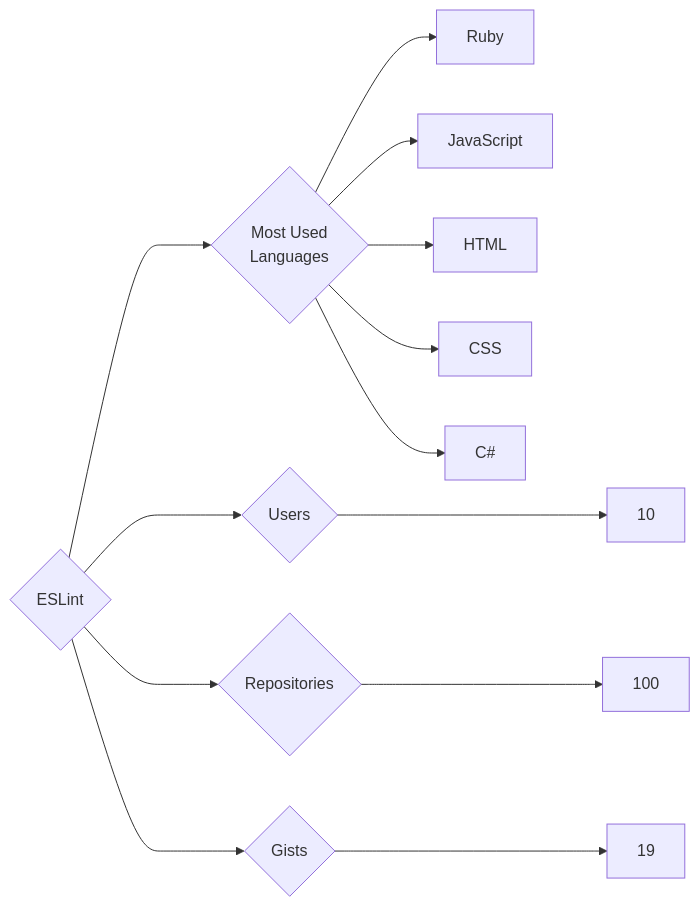
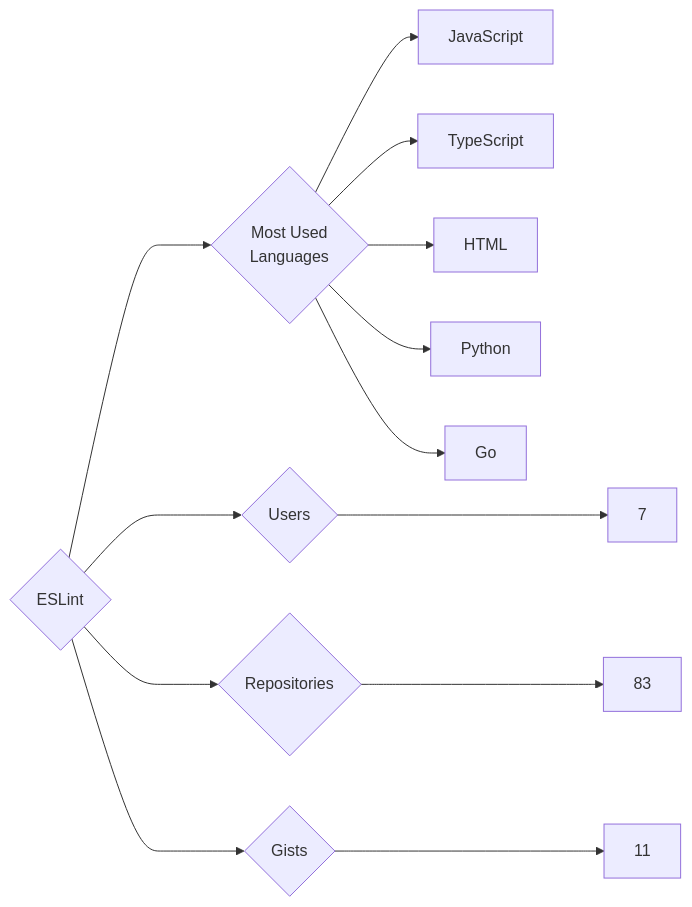
The diagram in targets/ESLint/README.md (trickest/insiders), drawn with Mermaid before and after one commit. The commit also changed 815 other files, not shown here.

````diff
--- a/targets/ESLint/README.md
+++ b/targets/ESLint/README.md
@@ -3,13 +3,13 @@
 ```mermaid
 graph LR
 COMPANY_NAME{ESLint}
-COMPANY_NAME ---> U{Users} ---> UN[10]
-COMPANY_NAME ---> R{Repositories} ---> RN[100]
-COMPANY_NAME ---> G{Gists} ---> GN[19]
+COMPANY_NAME ---> U{Users} ---> UN[7]
+COMPANY_NAME ---> R{Repositories} ---> RN[83]
+COMPANY_NAME ---> G{Gists} ---> GN[11]
 COMPANY_NAME ---> ML{Most Used<br>Languages}
-ML --> Ruby[Ruby]
 ML --> JavaScript[JavaScript]
+ML --> TypeScript[TypeScript]
 ML --> HTML[HTML]
-ML --> CSS[CSS]
-ML --> C#[C#]
+ML --> Python[Python]
+ML --> Go[Go]
 ```
````
